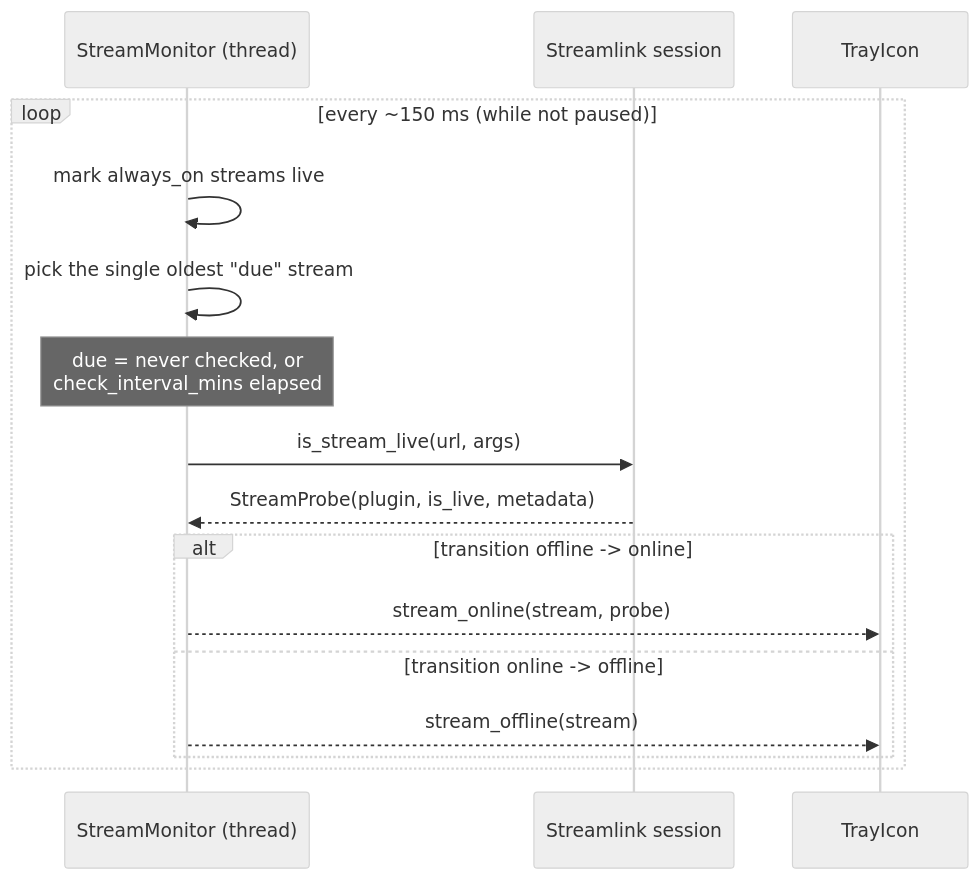
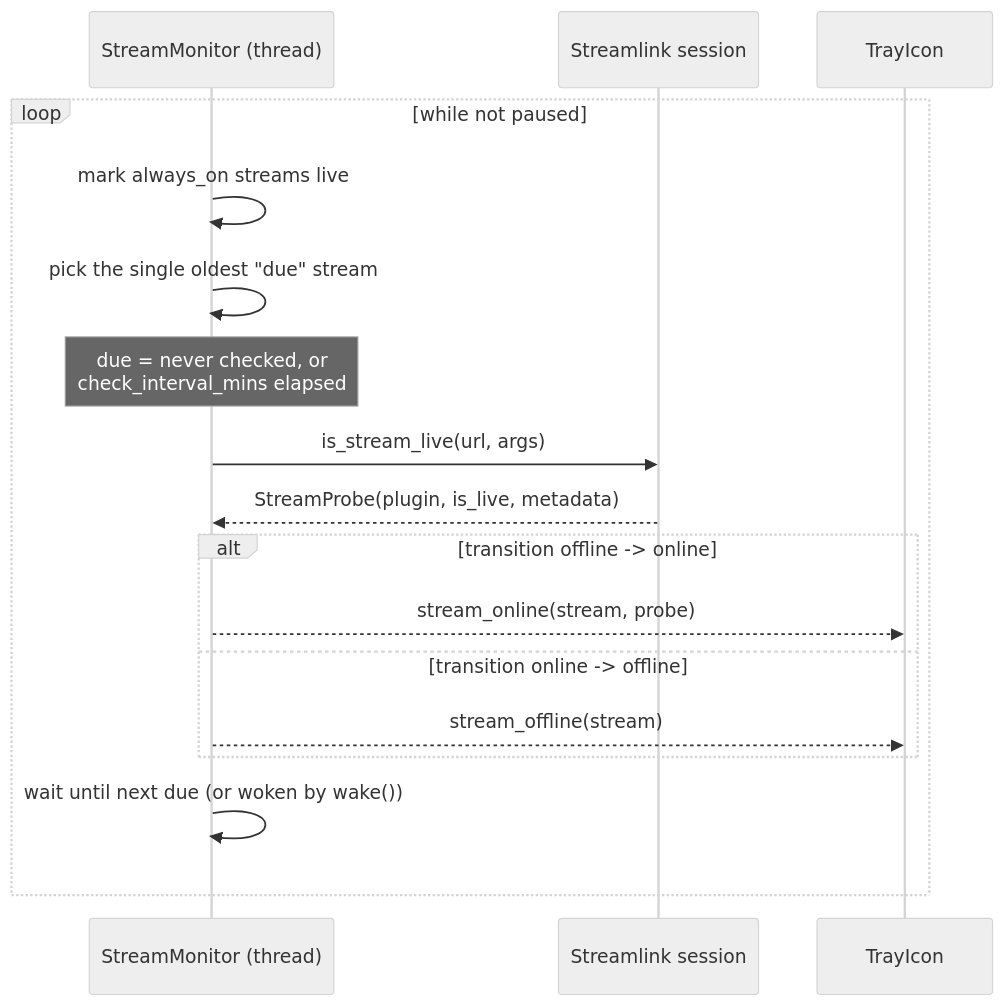
One commit to tarzasai/Lurkiti changed the second of 6 diagrams in doc/runtime-workflows.md. Above: the diagram before and after it, drawn with Mermaid (neutral theme). The commit also changed other lines of this file, not shown here.

````diff
--- a/doc/runtime-workflows.md
+++ b/doc/runtime-workflows.md
@@ -30,19 +30,20 @@
 ```mermaid
 sequenceDiagram
     participant Mon as StreamMonitor (thread)
     participant SL as Streamlink session
     participant Tray as TrayIcon
 
-    loop every ~150 ms (while not paused)
+    loop while not paused
         Mon->>Mon: mark always_on streams live
         Mon->>Mon: pick the single oldest "due" stream
         Note over Mon: due = never checked, or<br/>check_interval_mins elapsed
         Mon->>SL: is_stream_live(url, args)
         SL-->>Mon: StreamProbe(plugin, is_live, metadata)
         alt transition offline -> online
             Mon-->>Tray: stream_online(stream, probe)
         else transition online -> offline
             Mon-->>Tray: stream_offline(stream)
         end
+        Mon->>Mon: wait until next due (or woken by wake())
     end
 ```
````
